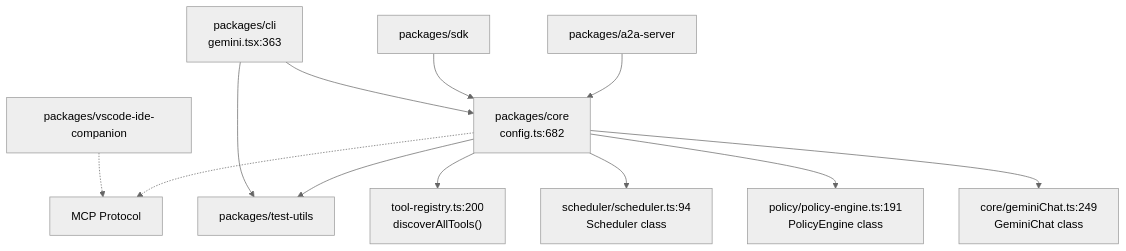
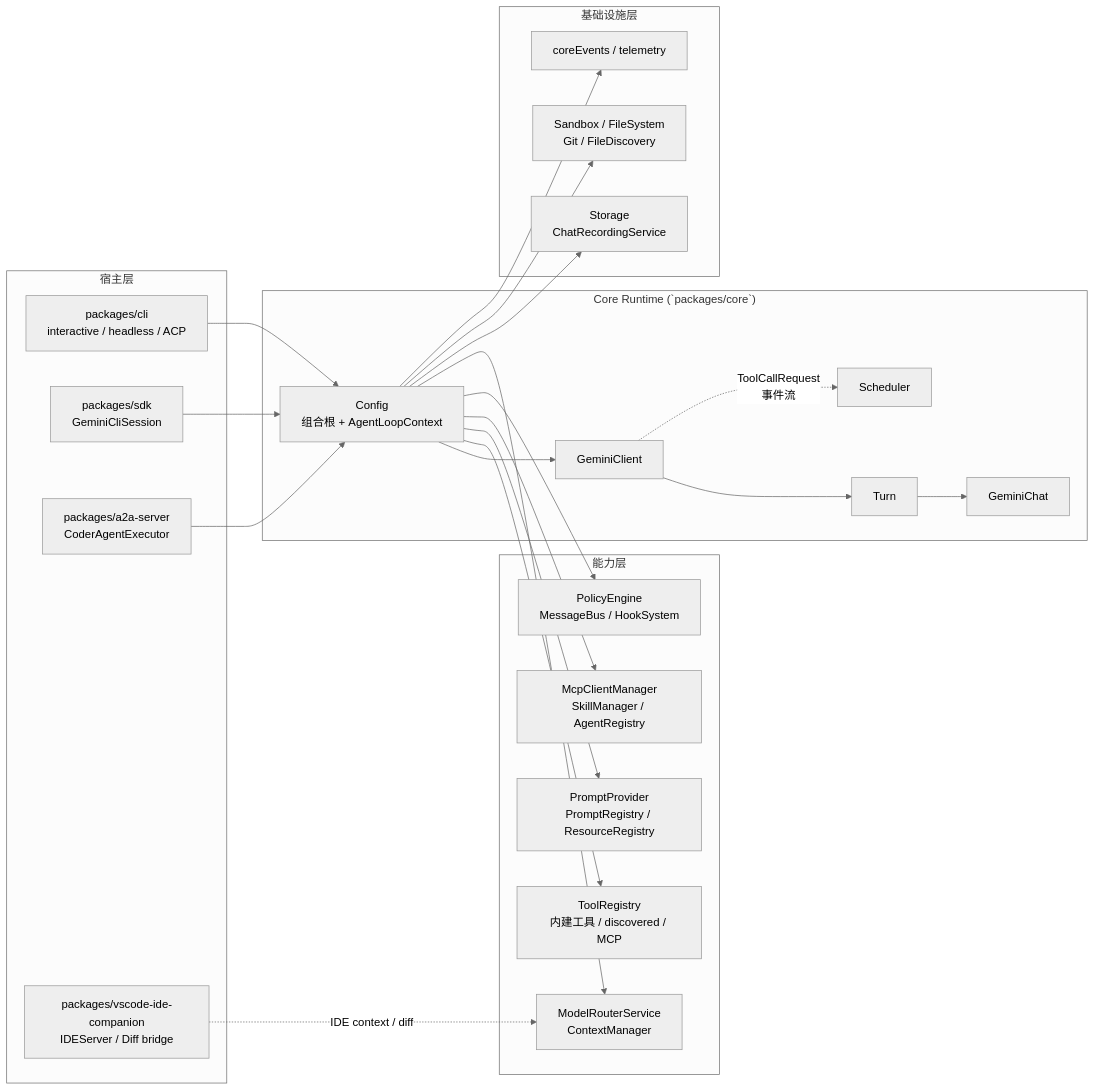
The diagram in hello-gemini-cli/01-architecture.md (feuyeux/hello-olleh), drawn with Mermaid before and after one commit. The commit also changed other lines of this file and 7 other files, not shown here.

First line of the commit message:
docs: add accurate code references and sandbox flow diagrams

````diff
--- a/hello-gemini-cli/01-architecture.md
+++ b/hello-gemini-cli/01-architecture.md
@@ -22,16 +55,51 @@
 ```mermaid
 %%{init: {'theme': 'neutral'}}%%
-graph TD
-    CLI["packages/cli<br/>gemini.tsx:363"] --> Core["packages/core<br/>config.ts:682"]
-    SDK["packages/sdk"] --> Core
-    A2A["packages/a2a-server"] --> Core
-    VSCode["packages/vscode-ide-companion"] -.-> MCP["MCP Protocol"]
-    Core -.-> MCP
-    CLI --> Utils["packages/test-utils"]
-    Core --> Utils
+flowchart LR
+    subgraph Hosts["宿主层"]
+        CLI["packages/cli<br/>interactive / headless / ACP"]
+        SDK["packages/sdk<br/>GeminiCliSession"]
+        A2A["packages/a2a-server<br/>CoderAgentExecutor"]
+        IDE["packages/vscode-ide-companion<br/>IDEServer / Diff bridge"]
+    end
 
-    Core --> TOOL_REG["tool-registry.ts:200<br/>discoverAllTools()"]
-    Core --> SCHED["scheduler/scheduler.ts:94<br/>Scheduler class"]
-    Core --> POLICY["policy/policy-engine.ts:191<br/>PolicyEngine class"]
-    Core --> GEM_CHAT["core/geminiChat.ts:249<br/>GeminiChat class"]
+    subgraph Core["Core Runtime (`packages/core`)"]
+        Config["Config<br/>组合根 + AgentLoopContext"]
+        Client["GeminiClient"]
+        Turn["Turn"]
+        Chat["GeminiChat"]
+        Scheduler["Scheduler"]
+    end
+
+    subgraph Capability["能力层"]
+        Tools["ToolRegistry<br/>内建工具 / discovered / MCP"]
+        Prompts["PromptProvider<br/>PromptRegistry / ResourceRegistry"]
+        Ext["McpClientManager<br/>SkillManager / AgentRegistry"]
+        Safe["PolicyEngine<br/>MessageBus / HookSystem"]
+        Route["ModelRouterService<br/>ContextManager"]
+    end
+
+    subgraph Infra["基础设施层"]
+        Storage["Storage<br/>ChatRecordingService"]
+        FS["Sandbox / FileSystem<br/>Git / FileDiscovery"]
+        Telemetry["coreEvents / telemetry"]
+    end
+
+    CLI --> Config
+    SDK --> Config
+    A2A --> Config
+    IDE -. IDE context / diff .-> Route
+
+    Config --> Client
+    Client --> Turn
+    Turn --> Chat
+    Client -. "ToolCallRequest<br/>事件流" .-> Scheduler
+
+    Config --> Tools
+    Config --> Prompts
+    Config --> Ext
+    Config --> Safe
+    Config --> Route
+    Config --> Storage
+    Config --> FS
+    Config --> Telemetry
 ```
````
